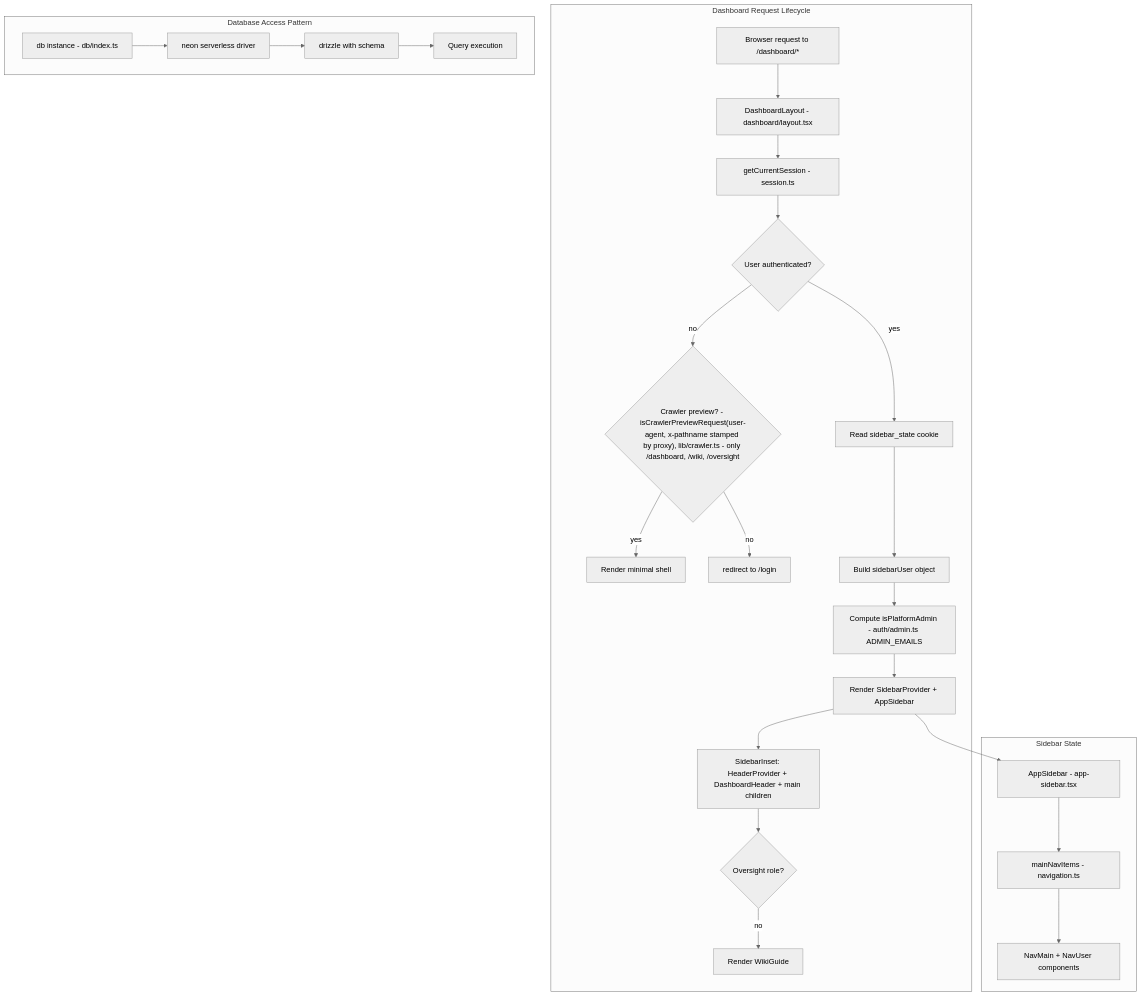
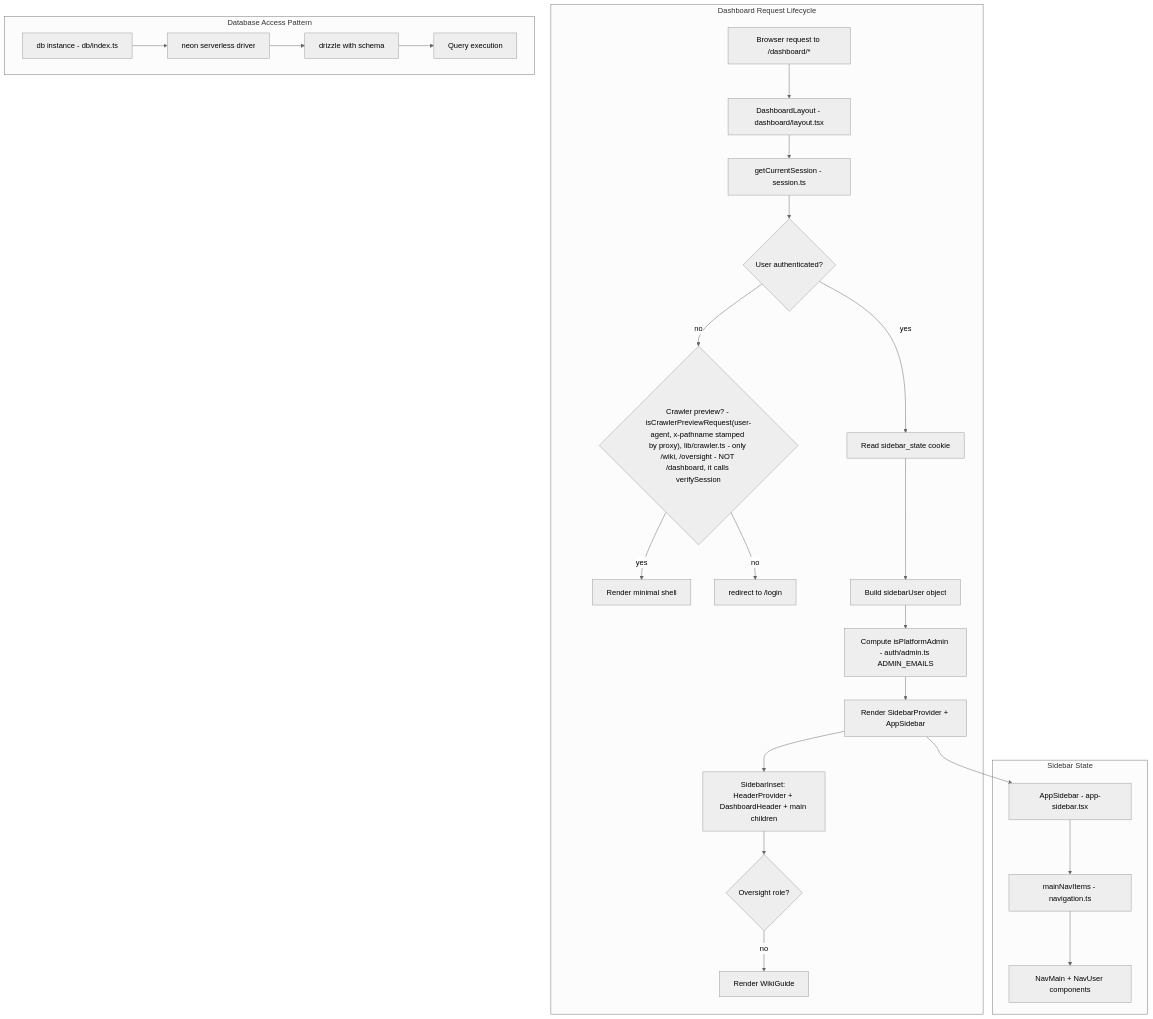
The diagram in memory/flows/request-lifecycle.mmd (SebastianGarces/everyfield_v2), drawn with Mermaid before and after one commit. The commit also changed 6 other files, not shown here.

First line of the commit message:
chore(crawler): drop /dashboard from the previewable list, anchor the whatsapp token (#297)

```diff
--- a/memory/flows/request-lifecycle.mmd
+++ b/memory/flows/request-lifecycle.mmd
@@ -1,44 +1,44 @@
 %%{init: {'theme': 'neutral'}}%%
 flowchart TD
     subgraph request [Dashboard Request Lifecycle]
         REQ1[Browser request to /dashboard/*]
         REQ2["DashboardLayout - dashboard/layout.tsx"]
         REQ3["getCurrentSession - session.ts"]
         REQ4{User authenticated?}
-        REQ5{"Crawler preview? - isCrawlerPreviewRequest(user-agent, x-pathname stamped by proxy), lib/crawler.ts - only /dashboard, /wiki, /oversight"}
+        REQ5{"Crawler preview? - isCrawlerPreviewRequest(user-agent, x-pathname stamped by proxy), lib/crawler.ts - only /wiki, /oversight - NOT /dashboard, it calls verifySession"}
         REQ6[Render minimal shell]
         REQ7[redirect to /login]
         REQ8[Read sidebar_state cookie]
         REQ9[Build sidebarUser object]
         REQ9b["Compute isPlatformAdmin - auth/admin.ts ADMIN_EMAILS"]
         REQ10[Render SidebarProvider + AppSidebar]
         REQ11[SidebarInset: HeaderProvider + DashboardHeader + main children]
         REQ12{Oversight role?}
         REQ13[Render WikiGuide]
 
         REQ1 --> REQ2 --> REQ3 --> REQ4
         REQ4 -->|no| REQ5
         REQ5 -->|yes| REQ6
         REQ5 -->|no| REQ7
         REQ4 -->|yes| REQ8 --> REQ9 --> REQ9b --> REQ10 --> REQ11 --> REQ12
         REQ12 -->|no| REQ13
     end
 
     subgraph db [Database Access Pattern]
         DB1["db instance - db/index.ts"]
         DB2["neon serverless driver"]
         DB3["drizzle with schema"]
         DB4[Query execution]
         
         DB1 --> DB2 --> DB3 --> DB4
     end
 
     subgraph sidebar [Sidebar State]
         SB1["AppSidebar - app-sidebar.tsx"]
         SB2["mainNavItems - navigation.ts"]
         SB3["NavMain + NavUser components"]
         
         SB1 --> SB2 --> SB3
     end
 
     REQ10 --> SB1
```
